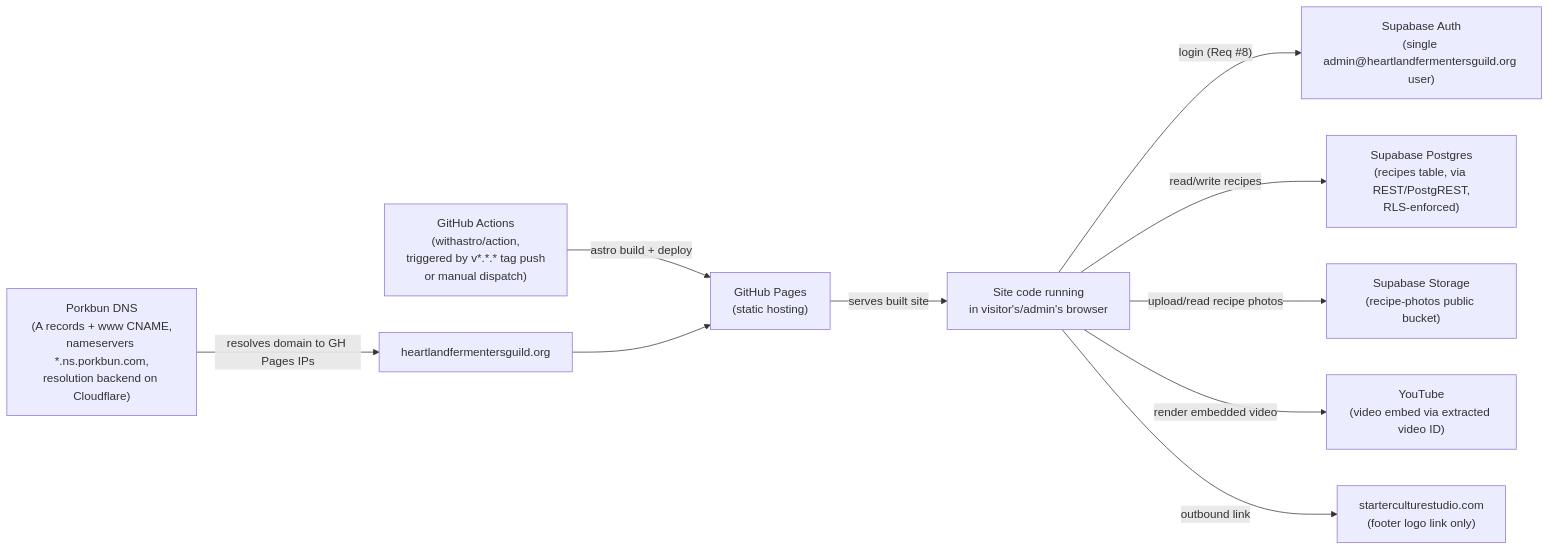
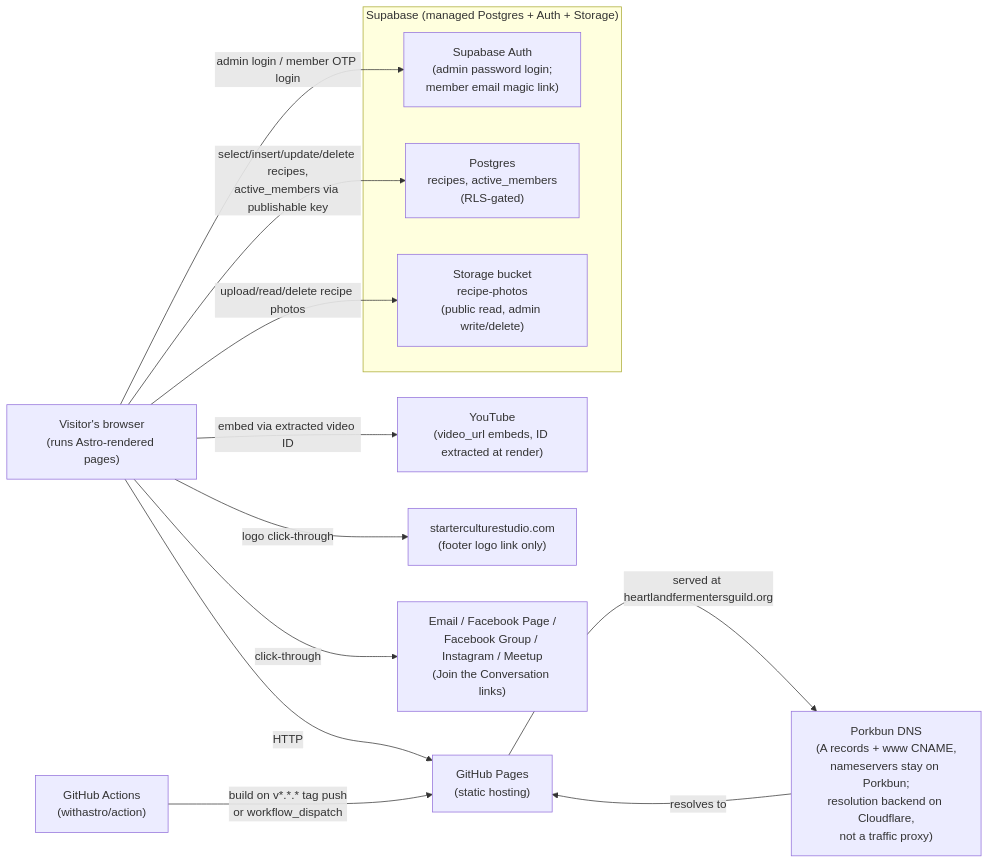
One commit to BubbaF377/heartland-fermenters-guild changed the second of 3 diagrams in docs/VISUALIZER.md. Above: the diagram before and after it, drawn with Mermaid. The commit also changed other lines of this file, not shown here.

````diff
--- a/docs/VISUALIZER.md
+++ b/docs/VISUALIZER.md
@@ -49,26 +57,30 @@
 ```mermaid
 graph LR
-    Browser["Site code running<br/>in visitor's/admin's browser"]
+    Browser["Visitor's browser<br/>(runs Astro-rendered pages)"]
 
-    SupaAuth["Supabase Auth<br/>(single admin@heartlandfermentersguild.org user)"]
-    SupaDB["Supabase Postgres<br/>(recipes table, via REST/PostgREST,<br/>RLS-enforced)"]
-    SupaStorage["Supabase Storage<br/>(recipe-photos public bucket)"]
-    YouTube["YouTube<br/>(video embed via extracted video ID)"]
+    subgraph Supabase["Supabase (managed Postgres + Auth + Storage)"]
+        SupaAuth["Supabase Auth<br/>(admin password login;<br/>member email magic link)"]
+        SupaDB["Postgres<br/>recipes, active_members<br/>(RLS-gated)"]
+        SupaStorage["Storage bucket<br/>recipe-photos<br/>(public read, admin write/delete)"]
+    end
+
+    YouTube["YouTube<br/>(video_url embeds, ID extracted at render)"]
     SCS["starterculturestudio.com<br/>(footer logo link only)"]
+    Social["Email / Facebook Page /<br/>Facebook Group / Instagram / Meetup<br/>(Join the Conversation links)"]
 
-    Browser -->|"login (Req #8)"| SupaAuth
-    Browser -->|"read/write recipes"| SupaDB
-    Browser -->|"upload/read recipe photos"| SupaStorage
-    Browser -->|"render embedded video"| YouTube
-    Browser -->|"outbound link"| SCS
+    Browser -->|"admin login / member OTP login"| SupaAuth
+    Browser -->|"select/insert/update/delete recipes,<br/>active_members via publishable key"| SupaDB
+    Browser -->|"upload/read/delete recipe photos"| SupaStorage
+    Browser -->|"embed via extracted video ID"| YouTube
+    Browser -->|"logo click-through"| SCS
+    Browser -->|"click-through"| Social
 
-    GHActions["GitHub Actions<br/>(withastro/action,<br/>triggered by v*.*.* tag push<br/>or manual dispatch)"]
+    GHActions["GitHub Actions<br/>(withastro/action)"]
     GHPages["GitHub Pages<br/>(static hosting)"]
-    Porkbun["Porkbun DNS<br/>(A records + www CNAME,<br/>nameservers *.ns.porkbun.com,<br/>resolution backend on Cloudflare)"]
-    Domain["heartlandfermentersguild.org"]
+    Porkbun["Porkbun DNS<br/>(A records + www CNAME,<br/>nameservers stay on Porkbun;<br/>resolution backend on Cloudflare,<br/>not a traffic proxy)"]
 
-    GHActions -->|"astro build + deploy"| GHPages
-    GHPages -->|"serves built site"| Browser
-    Porkbun -->|"resolves domain to GH Pages IPs"| Domain
-    Domain --> GHPages
+    GHActions -->|"build on v*.*.* tag push<br/>or workflow_dispatch"| GHPages
+    GHPages -->|"served at heartlandfermentersguild.org"| Porkbun
+    Porkbun -->|"resolves to"| GHPages
+    Browser -->|"HTTP"| GHPages
 ```
````
